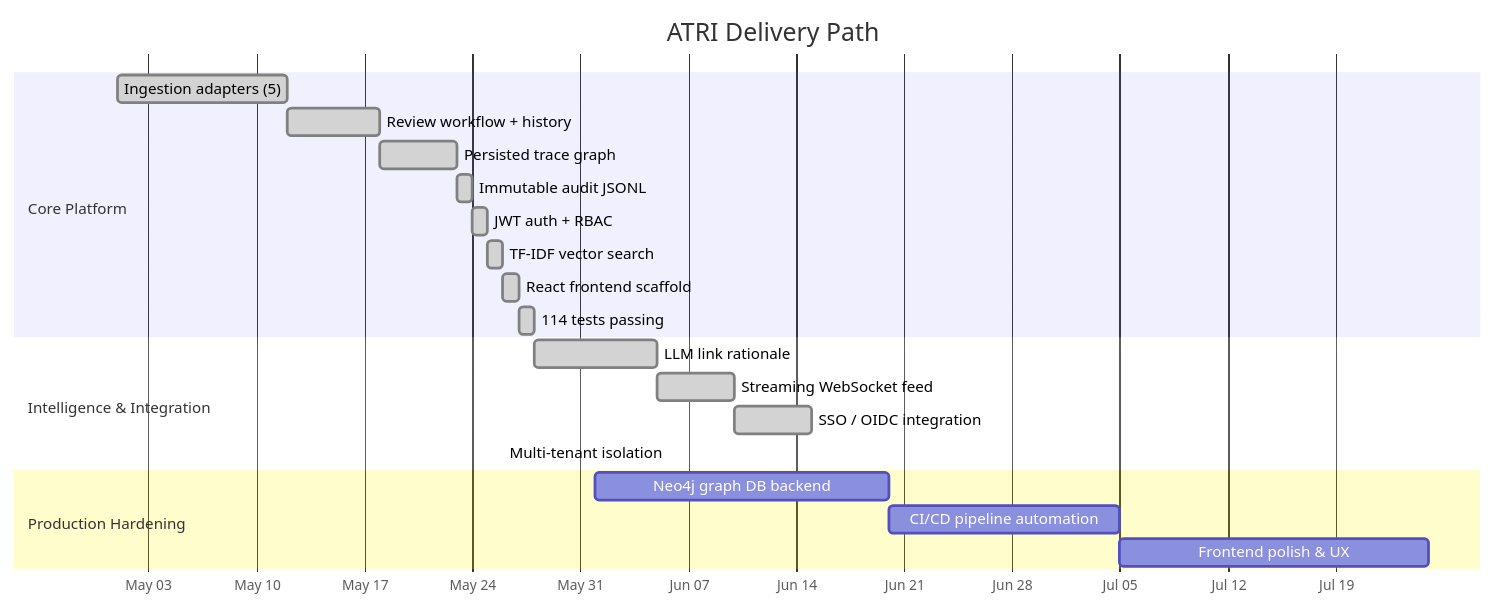
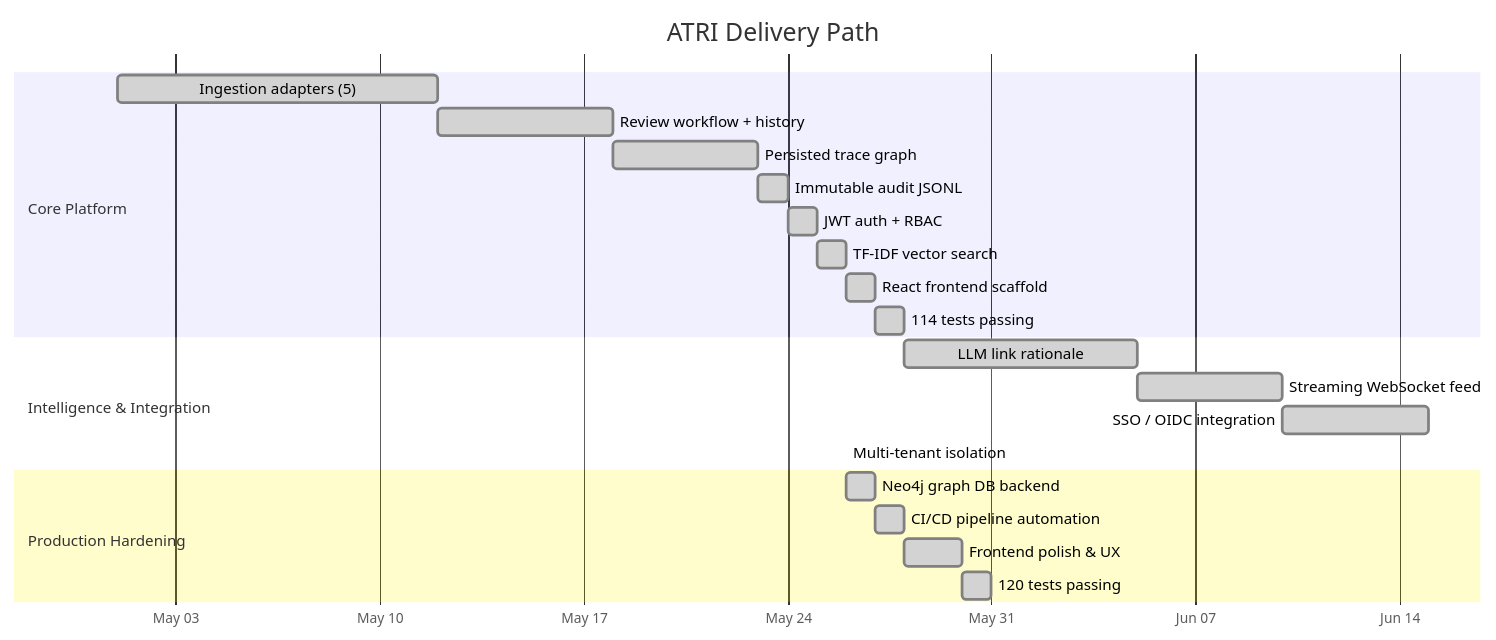
Before and after one commit to hkevin01/automated-traceability-requirements-intelligence: the fifth of 5 diagrams in README.md, drawn with Mermaid. The commit also changed other lines of this file and 5 other files, not shown here.

````diff
--- a/README.md
+++ b/README.md
@@ -594,24 +603,25 @@
 ```mermaid
 gantt
     title ATRI Delivery Path
     dateFormat  YYYY-MM-DD
     axisFormat  %b %d
     section Core Platform
     Ingestion adapters (5)       :done,    ingest,    2026-05-01, 2026-05-12
     Review workflow + history    :done,    review,    2026-05-12, 2026-05-18
     Persisted trace graph        :done,    graph,     2026-05-18, 2026-05-23
     Immutable audit JSONL        :done,    audit,     2026-05-23, 2026-05-24
     JWT auth + RBAC              :done,    auth,      2026-05-24, 2026-05-25
     TF-IDF vector search         :done,    vector,    2026-05-25, 2026-05-26
     React frontend scaffold      :done,    react,     2026-05-26, 2026-05-27
     114 tests passing            :done,    tests,     2026-05-27, 2026-05-28
     section Intelligence & Integration
     LLM link rationale           :done,    llm,       2026-05-28, 2026-06-05
     Streaming WebSocket feed     :done,    ws,        2026-06-05, 2026-06-10
     SSO / OIDC integration       :done,    sso,       2026-06-10, 2026-06-15
     Multi-tenant isolation       :done,    mt,        2026-06-15, 2026-05-26
     section Production Hardening
-    Neo4j graph DB backend       :         neo4j,     2026-06-01, 2026-06-20
-    CI/CD pipeline automation    :         cicd,      2026-06-20, 2026-07-05
-    Frontend polish & UX         :         ux,        2026-07-05, 2026-07-25
+    Neo4j graph DB backend       :done,    neo4j,     2026-05-26, 2026-05-27
+    CI/CD pipeline automation    :done,    cicd,      2026-05-27, 2026-05-28
+    Frontend polish & UX         :done,    ux,        2026-05-28, 2026-05-30
+    120 tests passing            :done,    tests2,    2026-05-30, 2026-05-31
 ```
````
